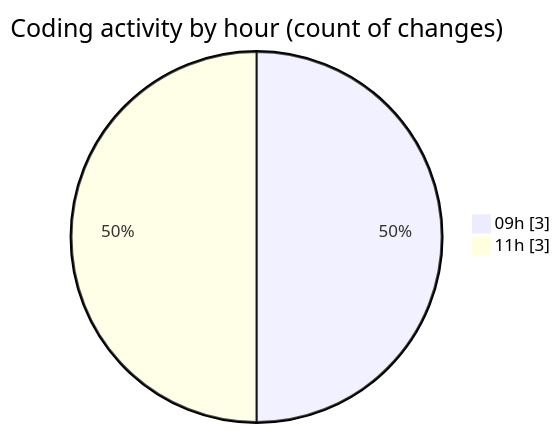
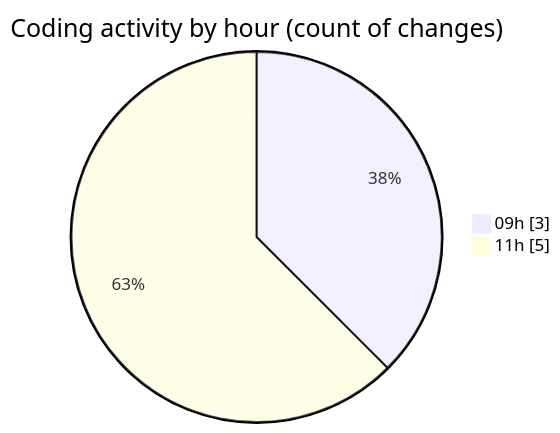
One commit to ricardozamudiocil/code-tracking changed the second of 2 diagrams in 2026-03-03/cilapp/README.md. Above: the diagram before and after it, drawn with Mermaid. The commit also changed other lines of this file and 1 other file, not shown here.

````diff
--- a/2026-03-03/cilapp/README.md
+++ b/2026-03-03/cilapp/README.md
@@ -28,6 +30,6 @@
 ```mermaid
 pie showData
 title Coding activity by hour (count of changes)
 "09h" : 3
-"11h" : 3
+"11h" : 5
 ```
````
